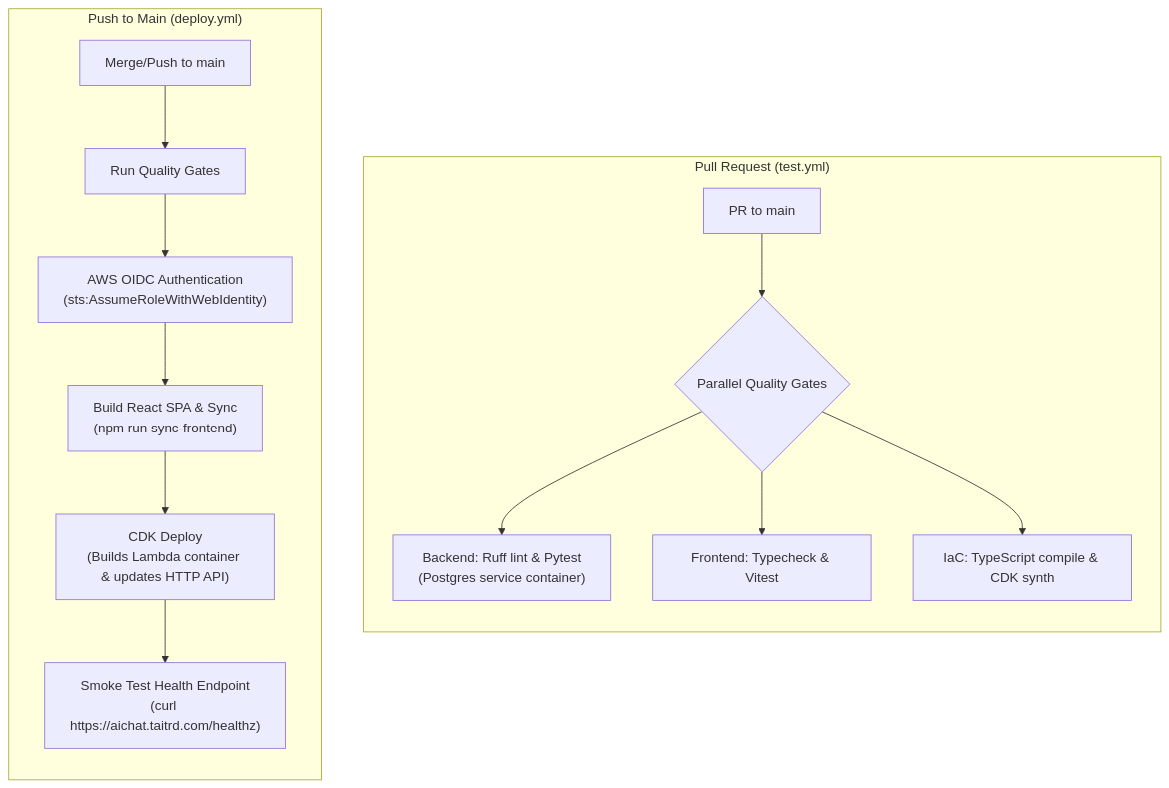
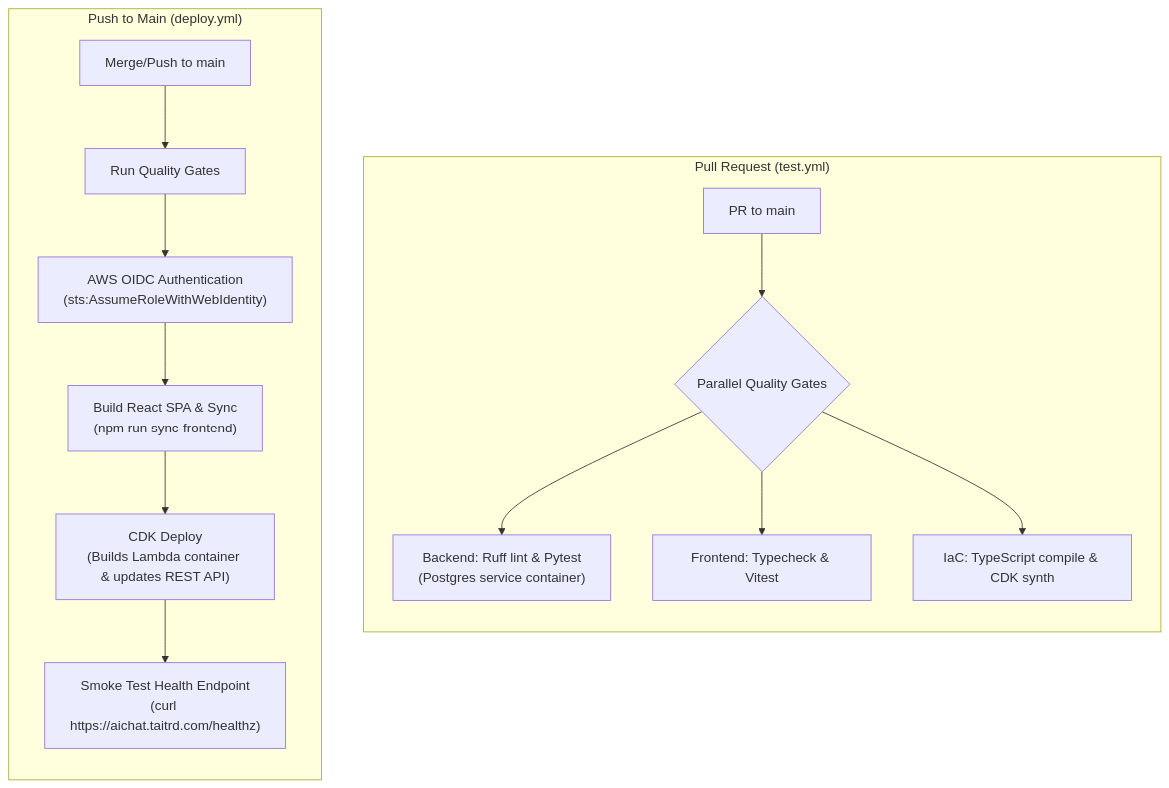
One commit to taitrd/ai-powered-chat changed the diagram in docs/diagrams/ci-pipeline.mmd. Above: the diagram before and after it, drawn with Mermaid. The commit also changed 8 other files, not shown here.

Commit message:
refactor: migrate API gateway from http api to rest api with response streaming

```diff
--- a/docs/diagrams/ci-pipeline.mmd
+++ b/docs/diagrams/ci-pipeline.mmd
@@ -1,17 +1,17 @@
 flowchart TD
     subgraph PR["Pull Request (test.yml)"]
         direction TB
         PR_Trigger[PR to main] --> PR_Gates{Parallel Quality Gates}
         PR_Gates --> T_Back["Backend: Ruff lint & Pytest<br/>(Postgres service container)"]
         PR_Gates --> T_Front["Frontend: Typecheck & Vitest"]
         PR_Gates --> T_IaC["IaC: TypeScript compile & CDK synth"]
     end
 
     subgraph Main["Push to Main (deploy.yml)"]
         direction TB
         Main_Trigger[Merge/Push to main] --> Main_Test[Run Quality Gates]
         Main_Test --> OIDC["AWS OIDC Authentication<br/>(sts:AssumeRoleWithWebIdentity)"]
         OIDC --> Build["Build React SPA & Sync<br/>(npm run sync-frontend)"]
-        Build --> Deploy["CDK Deploy<br/>(Builds Lambda container & updates HTTP API)"]
+        Build --> Deploy["CDK Deploy<br/>(Builds Lambda container & updates REST API)"]
         Deploy --> Smoke["Smoke Test Health Endpoint<br/>(curl https://aichat.taitrd.com/healthz)"]
     end
```
